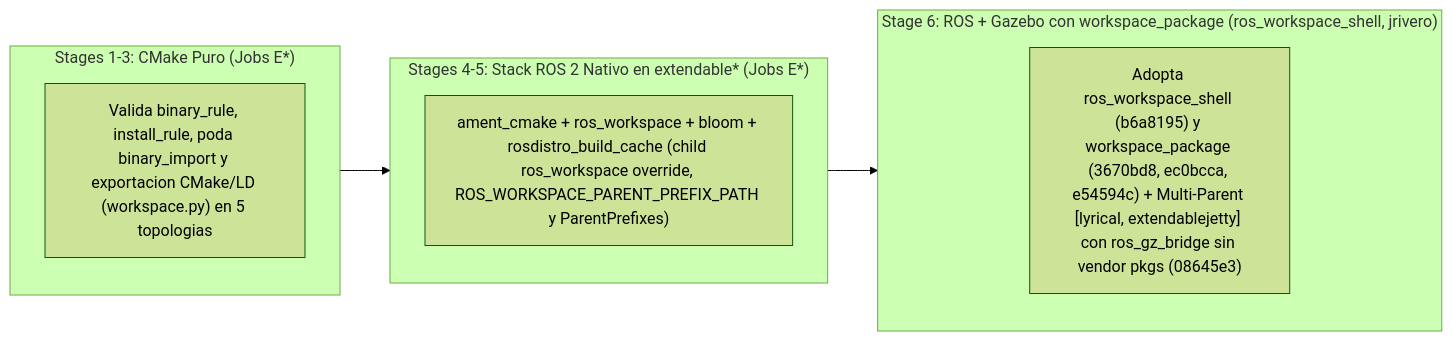
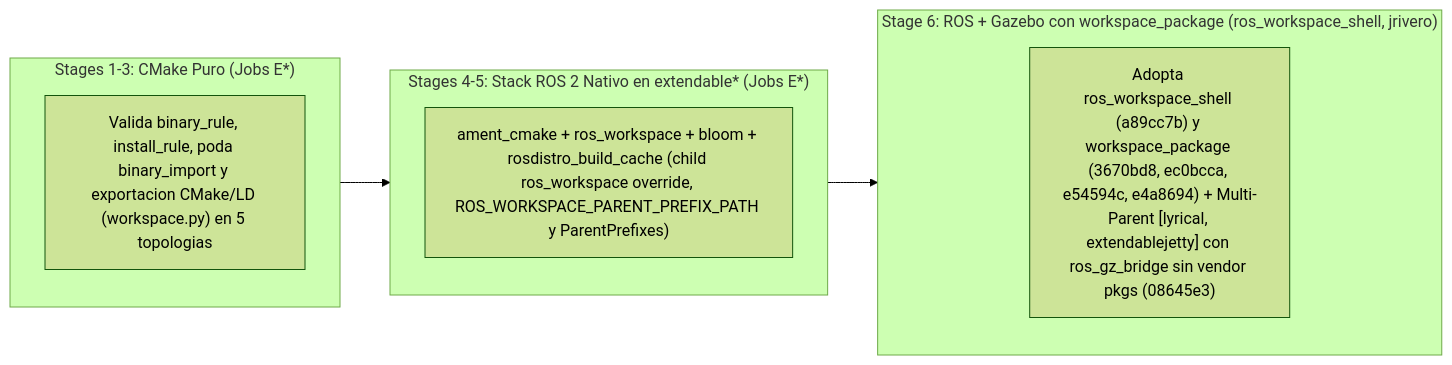
The diagram in EXECUTION_EXTENDABLE.md (KmoM88/rep159-testing), drawn with Mermaid (forest theme) before and after one commit. The commit also changed other lines of this file and 15 other files, not shown here.

Commit message:
Document review resolutions, switch ros_workspace_shell to main, and checkout Stage 6

````diff
--- a/EXECUTION_EXTENDABLE.md
+++ b/EXECUTION_EXTENDABLE.md
@@ -19,16 +19,16 @@
 ```mermaid
 flowchart LR
     subgraph PureCMake ["Stages 1-3: CMake Puro (Jobs E*)"]
         E["Valida binary_rule, install_rule, poda binary_import y exportacion CMake/LD (workspace.py) en 5 topologias"]
     end
 
     subgraph RosWorkspace ["Stages 4-5: Stack ROS 2 Nativo en extendable* (Jobs E*)"]
         C["ament_cmake + ros_workspace + bloom + rosdistro_build_cache (child ros_workspace override, ROS_WORKSPACE_PARENT_PREFIX_PATH y ParentPrefixes)"]
     end
 
     subgraph RosGazebo ["Stage 6: ROS + Gazebo con workspace_package (ros_workspace_shell, jrivero)"]
-        G["Adopta ros_workspace_shell (b6a8195) y workspace_package (3670bd8, ec0bcca, e54594c) + Multi-Parent [lyrical, extendablejetty] con ros_gz_bridge sin vendor pkgs (08645e3)"]
+        G["Adopta ros_workspace_shell (a89cc7b) y workspace_package (3670bd8, ec0bcca, e54594c, e4a8694) + Multi-Parent [lyrical, extendablejetty] con ros_gz_bridge sin vendor pkgs (08645e3)"]
     end
 
     PureCMake --> RosWorkspace --> RosGazebo
 ```
````
